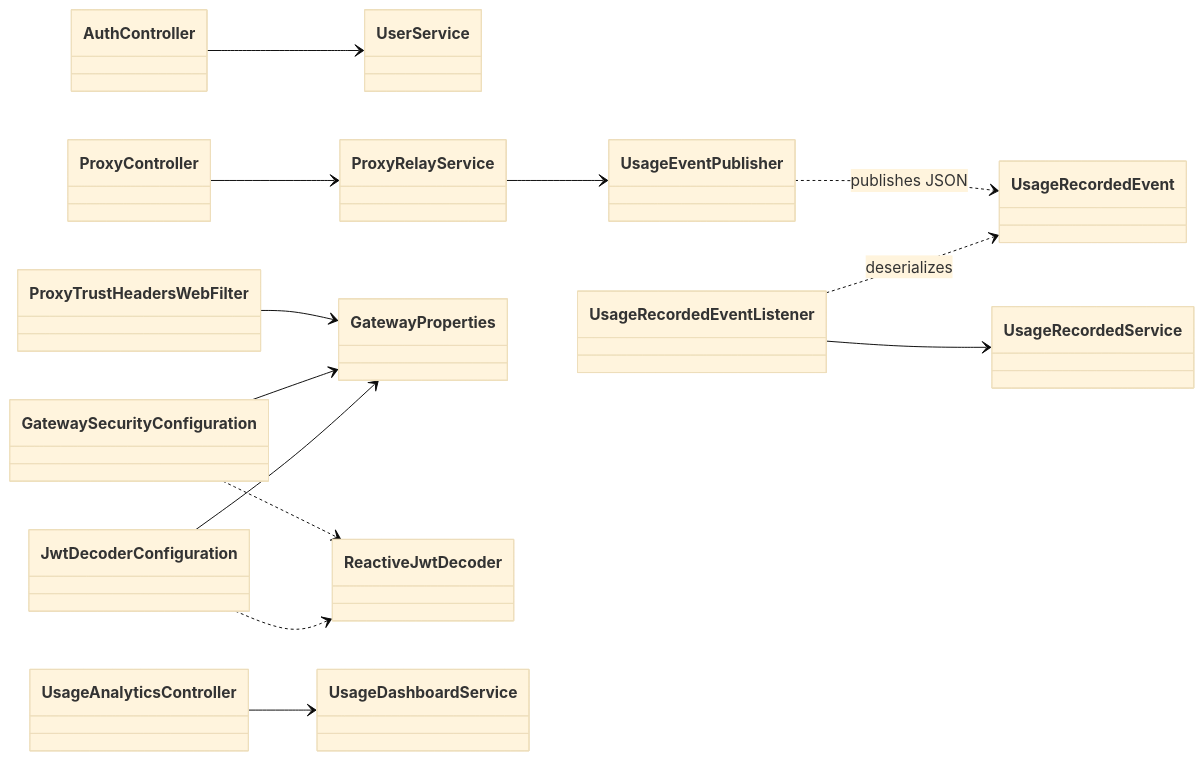
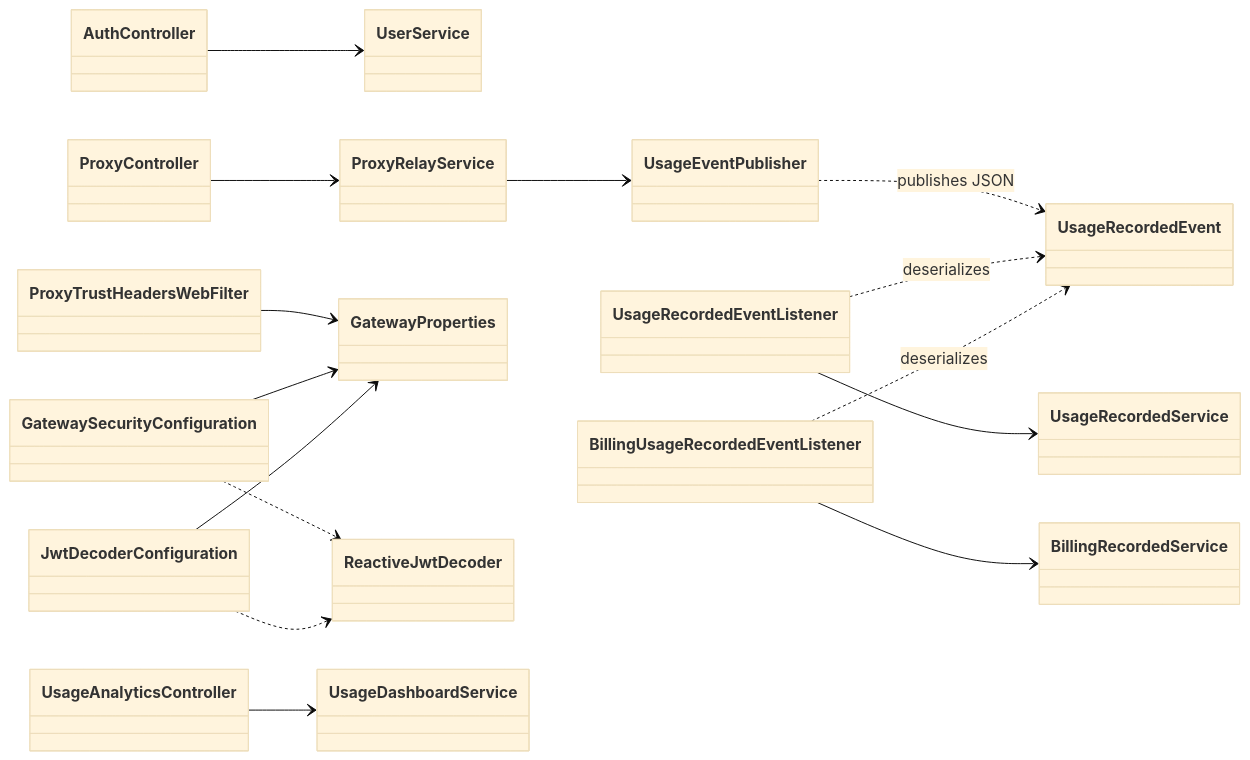
The first of 10 diagrams in docs/class-diagram.md (Zero-Bug-Freinds/ai-api-usage-monitor), drawn with Mermaid (base theme) before and after one commit. The commit also changed other lines of this file and 1 other file, not shown here.

Commit message:
[docs] C4 문서와 class-diagram에 billing, notification service 추가

````diff
--- a/docs/class-diagram.md
+++ b/docs/class-diagram.md
@@ -13,35 +13,39 @@
 ```mermaid
 classDiagram
 direction LR
 
 class AuthController
 class UserService
 class ProxyController
 class ProxyRelayService
 class UsageEventPublisher
 class ProxyTrustHeadersWebFilter
 class GatewaySecurityConfiguration
 class JwtDecoderConfiguration
 class GatewayProperties
 class ReactiveJwtDecoder
 class UsageAnalyticsController
 class UsageDashboardService
 class UsageRecordedEventListener
 class UsageRecordedService
 class UsageRecordedEvent
+class BillingUsageRecordedEventListener
+class BillingRecordedService
 
 AuthController --> UserService
 ProxyController --> ProxyRelayService
 ProxyRelayService --> UsageEventPublisher
 UsageEventPublisher ..> UsageRecordedEvent : publishes JSON
 UsageRecordedEventListener --> UsageRecordedService
 UsageRecordedEventListener ..> UsageRecordedEvent : deserializes
+BillingUsageRecordedEventListener --> BillingRecordedService
+BillingUsageRecordedEventListener ..> UsageRecordedEvent : deserializes
 
 ProxyTrustHeadersWebFilter --> GatewayProperties
 GatewaySecurityConfiguration --> GatewayProperties
 GatewaySecurityConfiguration ..> ReactiveJwtDecoder
 JwtDecoderConfiguration --> GatewayProperties
 JwtDecoderConfiguration ..> ReactiveJwtDecoder
 
 UsageAnalyticsController --> UsageDashboardService
 ```
````
